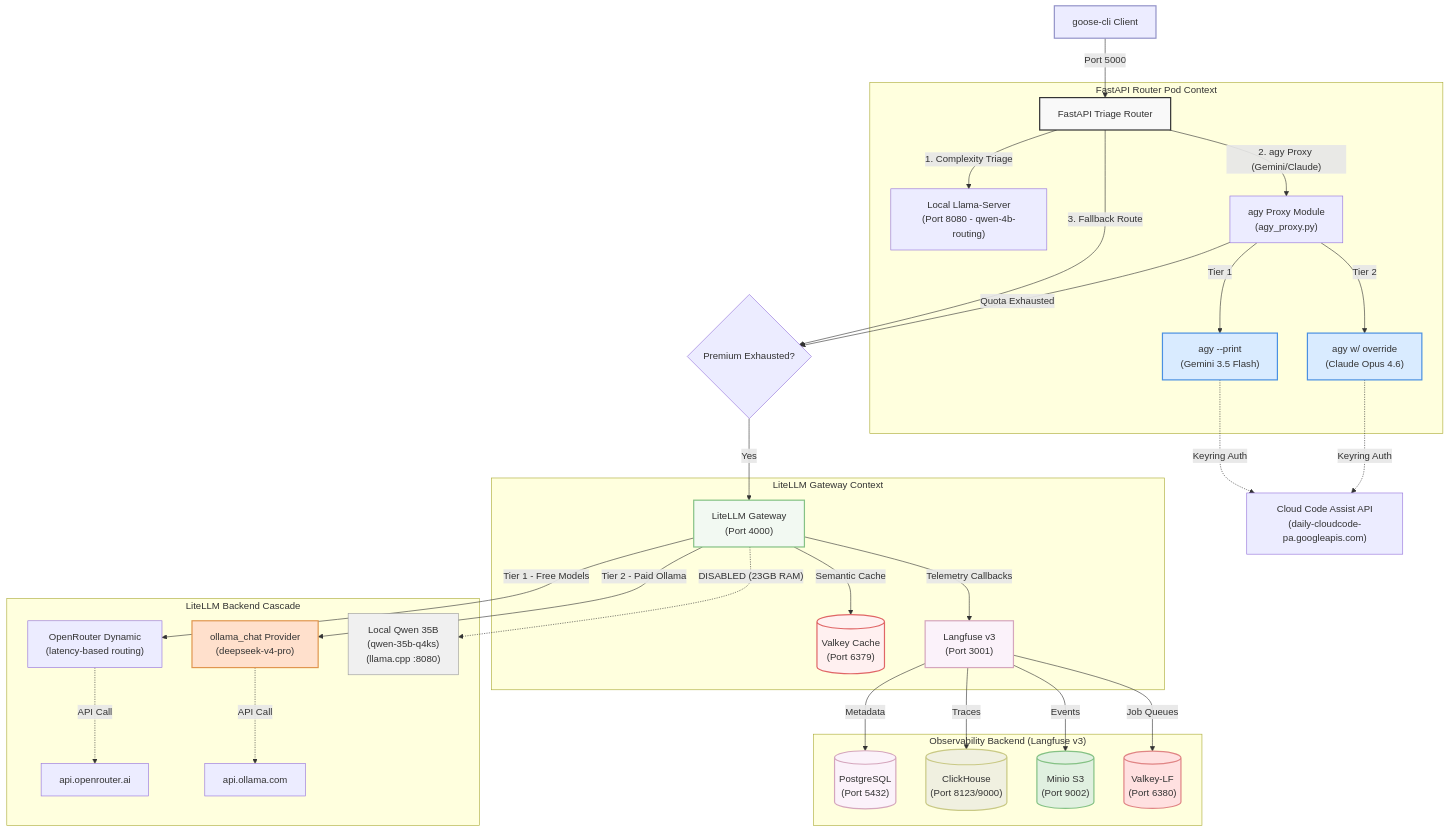
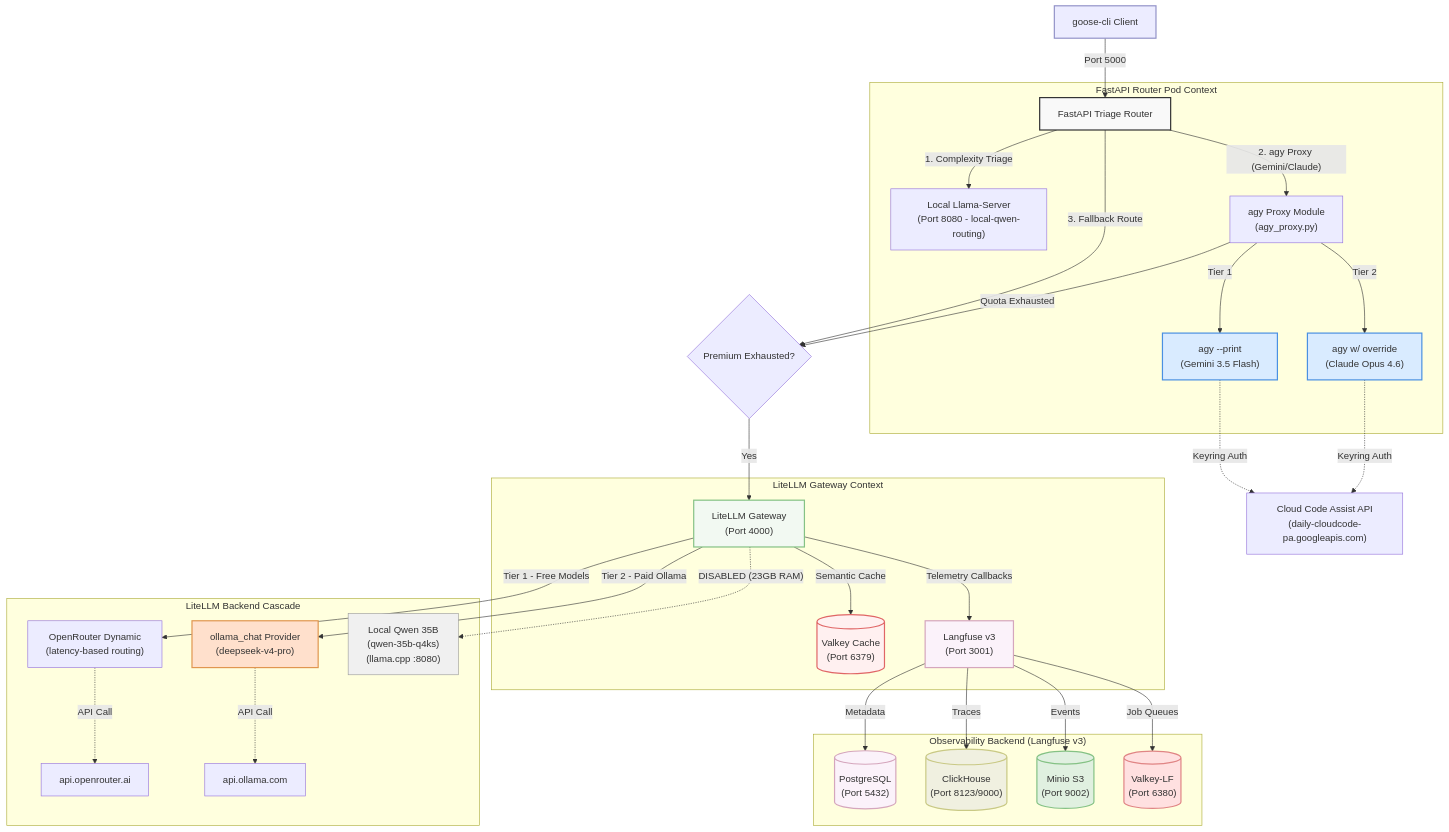
One commit to sheepdestroyer/LLM-Routing changed the first of 3 diagrams in README.md. Above: the diagram before and after it, drawn with Mermaid. The commit also changed other lines of this file and 12 other files, not shown here.

First line of the commit message:
feat(models): standardize local qwen aliases to local-qwen-hass and local-qwen-routing (#518)

````diff
--- a/README.md
+++ b/README.md
@@ -15,53 +15,53 @@
 ```mermaid
 graph TD
     Client["goose-cli Client"] -->|Port 5000| Router["FastAPI Triage Router"]
 
     subgraph FastAPIRouter ["FastAPI Router Pod Context"]
-        Router -->|1. Complexity Triage| LlamaServer["Local Llama-Server\n(Port 8080 - qwen-4b-routing)"]
+        Router -->|1. Complexity Triage| LlamaServer["Local Llama-Server\n(Port 8080 - local-qwen-routing)"]
         Router -->|"2. agy Proxy (Gemini/Claude)"| AgyProxy["agy Proxy Module\n(agy_proxy.py)"]
 
         AgyProxy -->|Tier 1| AgyGemini["agy --print\n(Gemini 3.5 Flash)"]
         AgyProxy -->|Tier 2| AgyOpus["agy w/ override\n(Claude Opus 4.6)"]
     end
 
     AgyGemini -.->|Keyring Auth| Google["Cloud Code Assist API\n(daily-cloudcode-pa.googleapis.com)"]
     AgyOpus -.->|Keyring Auth| Google
 
     Router -->|3. Fallback Route| RouteSelector{"Premium Exhausted?"}
     RouteSelector -->|Yes| LiteLLM["LiteLLM Gateway\n(Port 4000)"]
     AgyProxy -->|Quota Exhausted| RouteSelector
 
     subgraph LiteLLMGateway ["LiteLLM Gateway Context"]
         LiteLLM -->|Semantic Cache| Valkey[("Valkey Cache\n(Port 6379)")]
         LiteLLM -->|Telemetry Callbacks| Langfuse["Langfuse v3\n(Port 3001)"]
     end
 
     subgraph BackendRoutingCascade ["LiteLLM Backend Cascade"]
         LiteLLM -->|Tier 1 - Free Models| OpenRouter["OpenRouter Dynamic\n(latency-based routing)"]
         LiteLLM -->|Tier 2 - Paid Ollama| OllamaTier["ollama_chat Provider\n(deepseek-v4-pro)"]
         OpenRouter -.->|API Call| OpenRouterAPI["api.openrouter.ai"]
         OllamaTier -.->|API Call| OllamaAPI["api.ollama.com"]
         LiteLLM -.->|"DISABLED (23GB RAM)"| QwenLocal["Local Qwen 35B\n(qwen-35b-q4ks)\n(llama.cpp :8080)"]
     end
 
     subgraph Observability ["Observability Backend (Langfuse v3)"]
         Langfuse -->|Metadata| Postgres[("PostgreSQL\n(Port 5432)")]
         Langfuse -->|Traces| ClickHouse[("ClickHouse\n(Port 8123/9000)")]
         Langfuse -->|Events| Minio[("Minio S3\n(Port 9002)")]
         Langfuse -->|Job Queues| ValkeyLF[("Valkey-LF\n(Port 6380)")]
     end
 
     style Client fill:#ececff,stroke:#9393c9,stroke-width:2px;
     style Router fill:#f9f9f9,stroke:#333,stroke-width:2px;
     style AgyGemini fill:#d9ebff,stroke:#4a90e2,stroke-width:2px;
     style AgyOpus fill:#d9ebff,stroke:#4a90e2,stroke-width:2px;
     style LiteLLM fill:#f2f9f2,stroke:#85c285,stroke-width:2px;
     style OllamaTier fill:#ffe0cc,stroke:#e09650,stroke-width:2px;
     style Valkey fill:#fff0f0,stroke:#e06666,stroke-width:2px;
     style Langfuse fill:#fbf2fa,stroke:#d5a6bd,stroke-width:2px;
     style Postgres fill:#fbf2fa,stroke:#d5a6bd,stroke-width:2px;
     style ClickHouse fill:#f0f0e0,stroke:#c9c985,stroke-width:2px;
     style Minio fill:#e0f0e0,stroke:#85c285,stroke-width:2px;
     style ValkeyLF fill:#ffe0e0,stroke:#e08585,stroke-width:2px;
     style QwenLocal fill:#f0f0f0,stroke:#999,stroke-width:1px;
 ```
````
